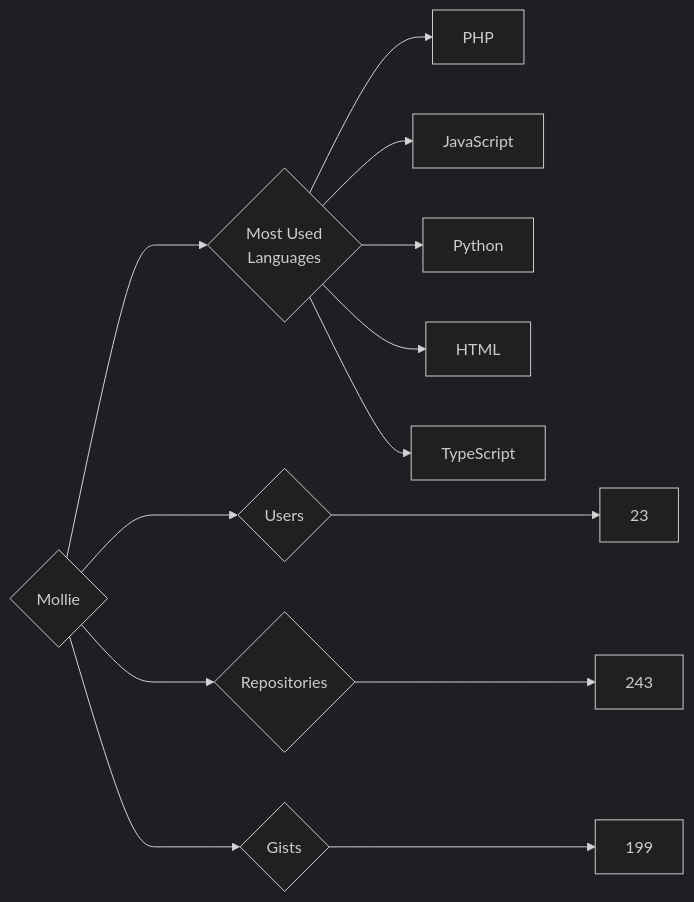
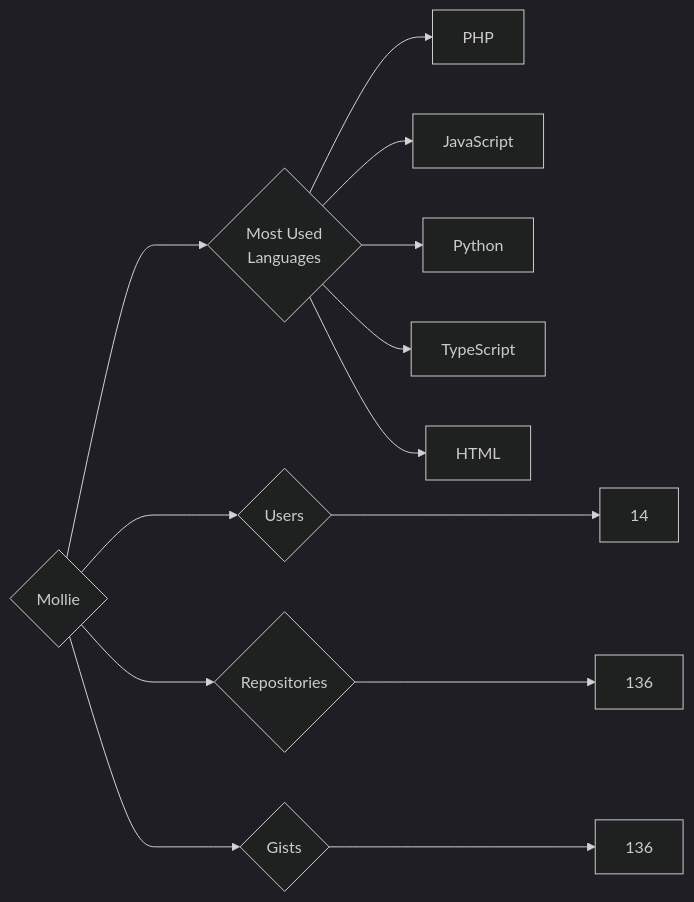
One commit to trickest/insiders changed the diagram in targets/Mollie/README.md. Above: the diagram before and after it, drawn with Mermaid (dark theme). The commit also changed 839 other files, not shown here.

````diff
--- a/targets/Mollie/README.md
+++ b/targets/Mollie/README.md
@@ -3,13 +3,13 @@
 ```mermaid
 graph LR
 COMPANY_NAME{Mollie}
-COMPANY_NAME ---> U{Users} ---> UN[23]
-COMPANY_NAME ---> R{Repositories} ---> RN[243]
-COMPANY_NAME ---> G{Gists} ---> GN[199]
+COMPANY_NAME ---> U{Users} ---> UN[14]
+COMPANY_NAME ---> R{Repositories} ---> RN[136]
+COMPANY_NAME ---> G{Gists} ---> GN[136]
 COMPANY_NAME ---> ML{Most Used<br>Languages}
 ML --> PHP[PHP]
 ML --> JavaScript[JavaScript]
 ML --> Python[Python]
+ML --> TypeScript[TypeScript]
 ML --> HTML[HTML]
-ML --> TypeScript[TypeScript]
 ```
````
